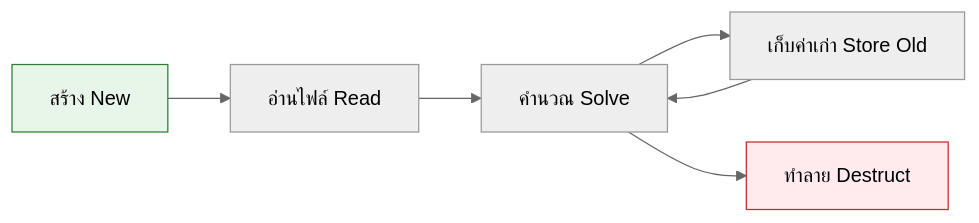
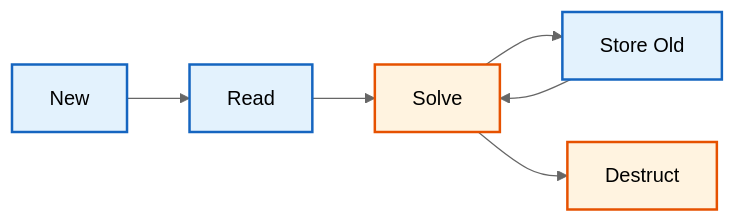
One commit to wramet/build-my-cfd changed the second of 2 diagrams in MODULE_05_OPENFOAM_PROGRAMMING/CONTENT/05_FIELDS_GEOMETRICFIELDS/04_Field_Lifecycle.md. Above: the diagram before and after it, drawn with Mermaid (neutral theme). The commit also changed other lines of this file and 313 other files, not shown here.

Commit message:
Revise all diagram

````diff
--- a/MODULE_05_OPENFOAM_PROGRAMMING/CONTENT/05_FIELDS_GEOMETRICFIELDS/04_Field_Lifecycle.md
+++ b/MODULE_05_OPENFOAM_PROGRAMMING/CONTENT/05_FIELDS_GEOMETRICFIELDS/04_Field_Lifecycle.md
@@ -294,11 +294,12 @@
 ```mermaid
 graph LR
-    A["สร้าง New"] --> B["อ่านไฟล์ Read"]
-    B --> C["คำนวณ Solve"]
-    C --> D["เก็บค่าเก่า Store Old"]
-    D --> C
-    C --> E["ทำลาย Destruct"]
-
-    style A fill:#e8f5e9,stroke:#2e7d32
-    style E fill:#ffebee,stroke:#c62828
+%% Classes
+classDef explicit fill:#fff3e0,stroke:#e65100,stroke-width:2px;
+classDef implicit fill:#e3f2fd,stroke:#1565c0,stroke-width:2px;
+%% Nodes
+A[New]:::implicit --> B[Read]:::implicit
+B --> C[Solve]:::explicit
+C --> D[Store Old]:::implicit
+D --> C
+C --> E[Destruct]:::explicit
 ```
````
